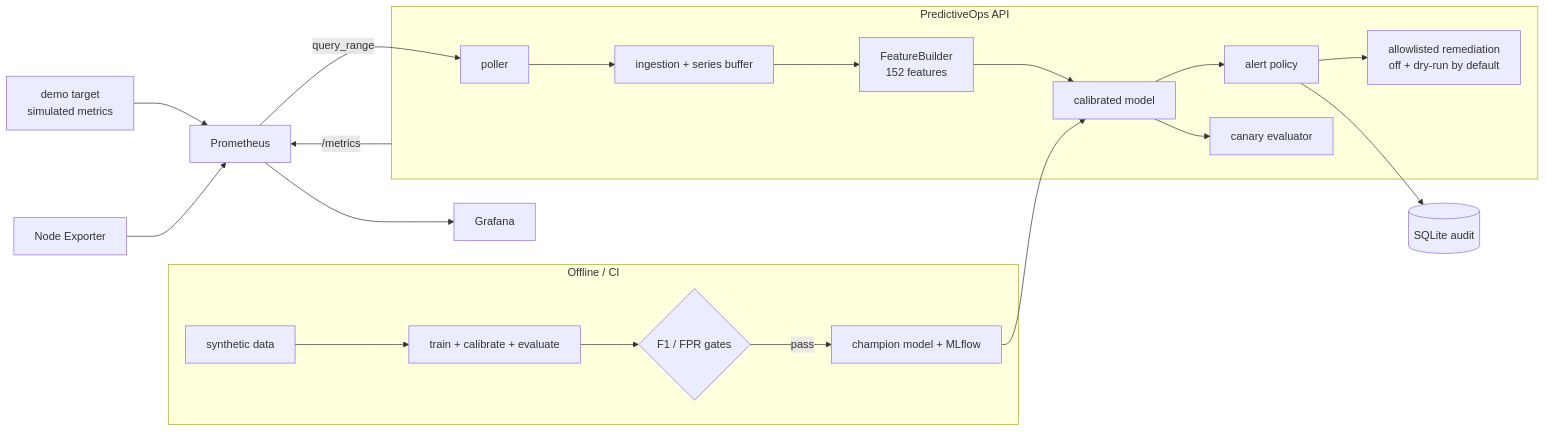
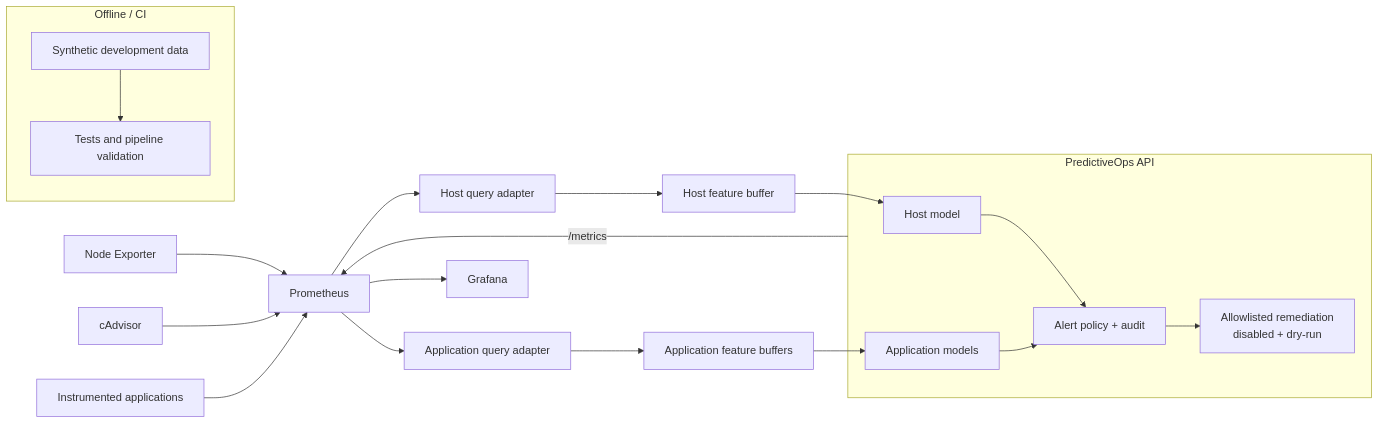
One commit to Ankush-Shukla/predictiveops changed the diagram in README.md. Above: the diagram before and after it, drawn with Mermaid. The commit also changed other lines of this file, not shown here.

Commit message:
Rewrite production deployment guide for demo-free dual-scope stack

````diff
--- a/README.md
+++ b/README.md
@@ -20,18 +18,20 @@
 ```mermaid
 flowchart LR
-  APP[demo target<br/>simulated metrics] --> PROM[Prometheus]
-  NODE[Node Exporter] --> PROM
-  PROM -->|query_range| POLL[poller]
+  NODE[Node Exporter] --> PROM[Prometheus]
+  CAD[cAdvisor] --> PROM
+  APP[Instrumented applications] --> PROM
+  PROM --> HOST[Host query adapter]
+  PROM --> SERVICE[Application query adapter]
+  HOST --> HB[Host feature buffer] --> HM[Host model]
+  SERVICE --> AB[Application feature buffers] --> AM[Application models]
   subgraph API[PredictiveOps API]
-    POLL --> ING[ingestion + series buffer]
-    ING --> FEAT[FeatureBuilder<br/>152 features] --> MODEL[calibrated model]
-    MODEL --> POL[alert policy] --> ACT[allowlisted remediation<br/>off + dry-run by default]
-    MODEL --> CAN[canary evaluator]
+    HM --> POLICY[Alert policy + audit]
+    AM --> POLICY
+    POLICY --> SAFE[Allowlisted remediation<br/>disabled + dry-run]
   end
-  POL --> DB[(SQLite audit)]
-  API -->|/metrics| PROM --> GRAF[Grafana]
+  API -->|/metrics| PROM
+  PROM --> GRAF[Grafana]
   subgraph CI[Offline / CI]
-    SYN[synthetic data] --> TRAIN[train + calibrate + evaluate] --> GATES{F1 / FPR gates} -->|pass| CHAMP[champion model + MLflow]
+    SYN[Synthetic development data] --> TEST[Tests and pipeline validation]
   end
-  CHAMP --> MODEL
 ```
````
